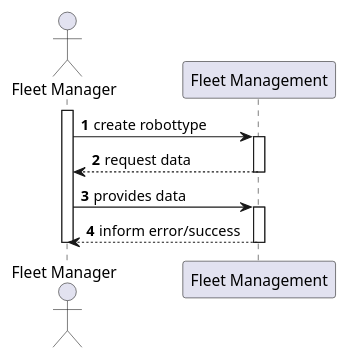
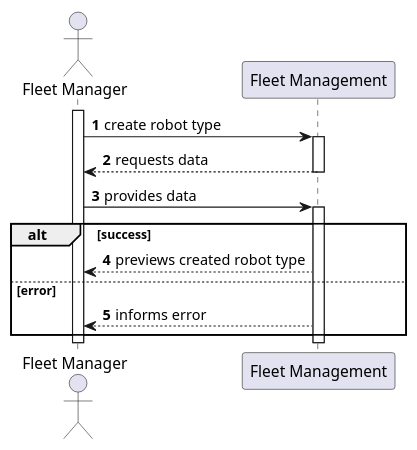
One commit to Departamento-de-Engenharia-Informatica/lapr5-23-24-g19 changed the diagram in docs/us1000/level2/process-view.puml. Above: the diagram before and after it, drawn with PlantUML. The commit also changed 1 other file, not shown here.

```diff
--- a/docs/us1000/level2/process-view.puml
+++ b/docs/us1000/level2/process-view.puml
@@ -1,20 +1,24 @@
 @startuml
 autonumber
 
 actor "Fleet Manager" as usr
 
-participant "Fleet Management" as mng
+participant "Fleet Management" as mgm
 
 activate usr
-    usr -> mng : create robottype
-    activate mng
-        mng --> usr : request data
-    deactivate mng
+    usr -> mgm : create robot type
+    activate mgm
+        mgm --> usr : requests data
+    deactivate mgm
 
-    usr -> mng : provides data
-    activate mng
-        mng --> usr : inform error/success
-    deactivate mng
+    usr -> mgm : provides data
+    activate mgm
+    alt success
+        mgm --> usr : previews created robot type
+    else error
+        mgm --> usr : informs error
+    end
+    deactivate mgm
 deactivate usr
 
 @enduml
```
